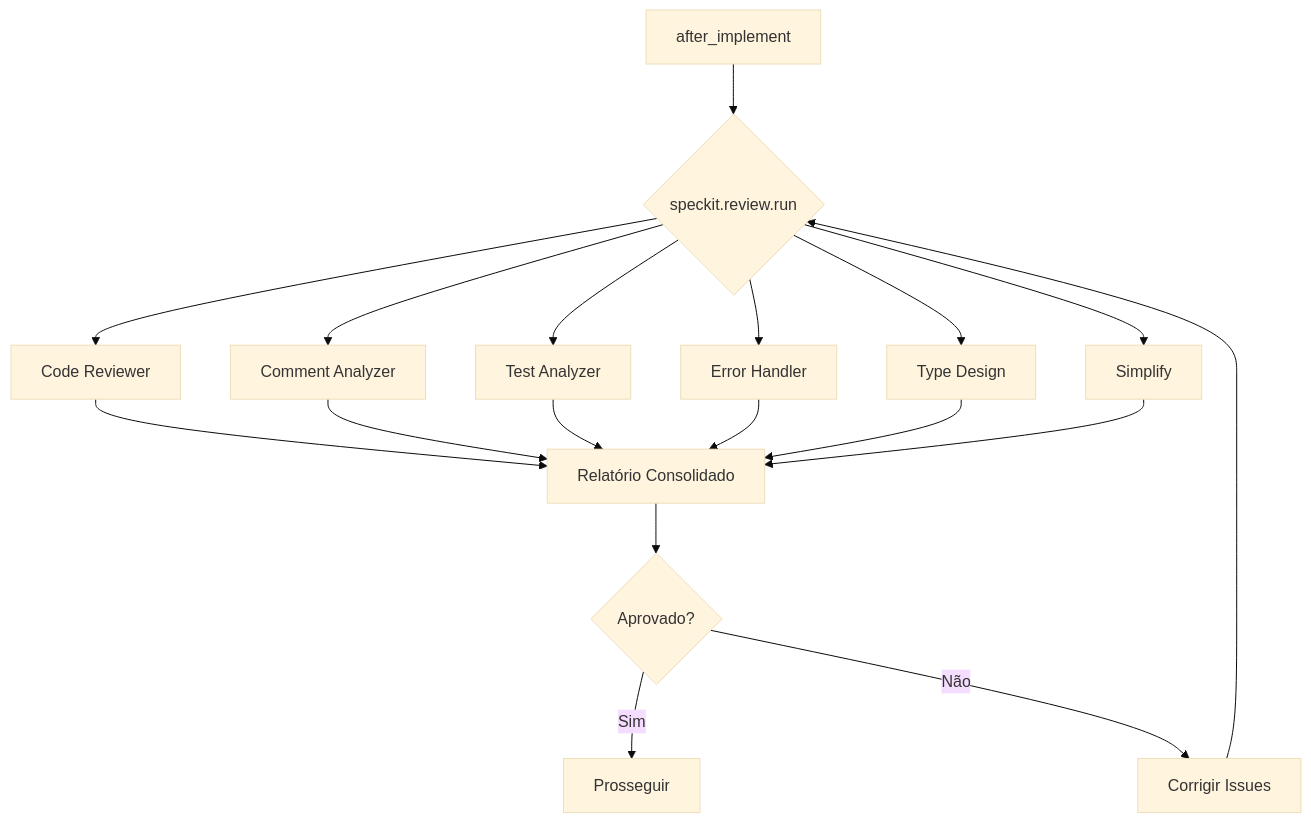
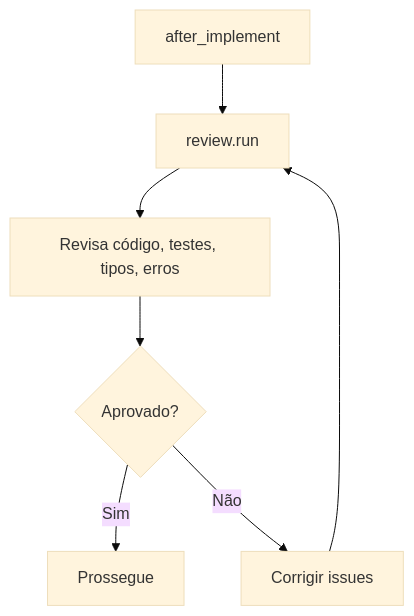
The fifth of 9 diagrams in README.md (wagner-sousa/spec-kit-docker), drawn with Mermaid (base theme) before and after one commit. The commit also changed other lines of this file, not shown here.

````diff
--- a/README.md
+++ b/README.md
@@ -162,23 +146,9 @@
 ```mermaid
 graph TD
-    A[after_implement] --> B{speckit.review.run}
-
-    B --> C[Code Reviewer]
-    B --> D[Comment Analyzer]
-    B --> E[Test Analyzer]
-    B --> F[Error Handler]
-    B --> G[Type Design]
-    B --> H[Simplify]
-
-    C --> I[Relatório Consolidado]
-    D --> I
-    E --> I
-    F --> I
-    G --> I
-    H --> I
-
-    I --> J{Aprovado?}
-    J -->|Sim| K[Prosseguir]
-    J -->|Não| L[Corrigir Issues]
-    L --> B
+    A[after_implement] --> B[review.run]
+    B --> C[Revisa código, testes, tipos, erros]
+    C --> D{Aprovado?}
+    D -->|Sim| E[Prossegue]
+    D -->|Não| F[Corrigir issues]
+    F --> B
 ```
````
